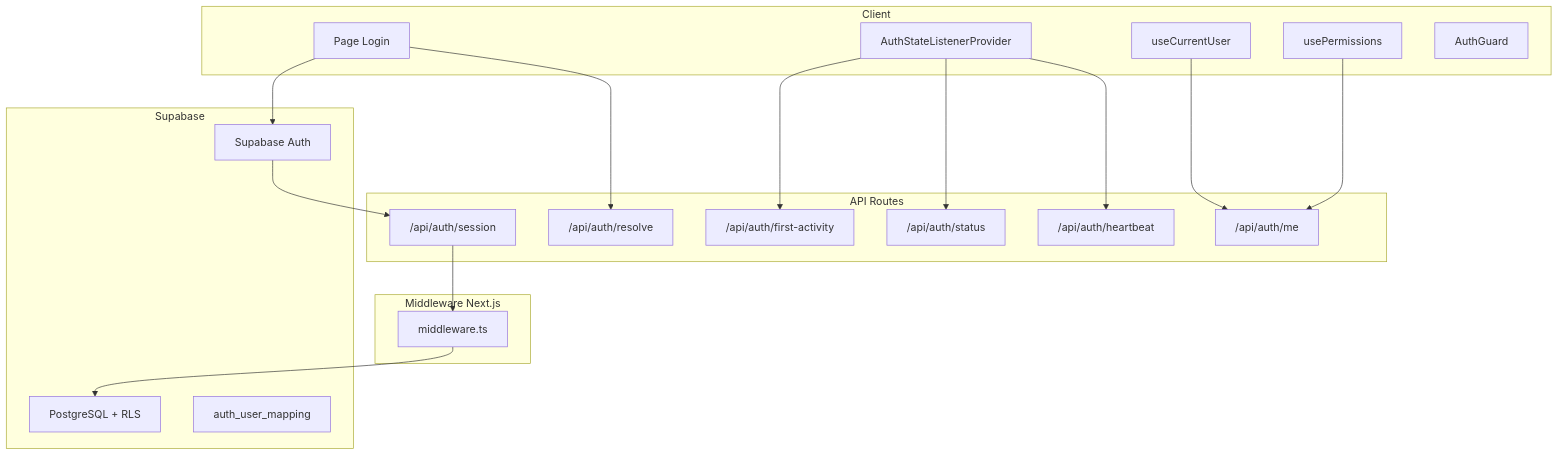
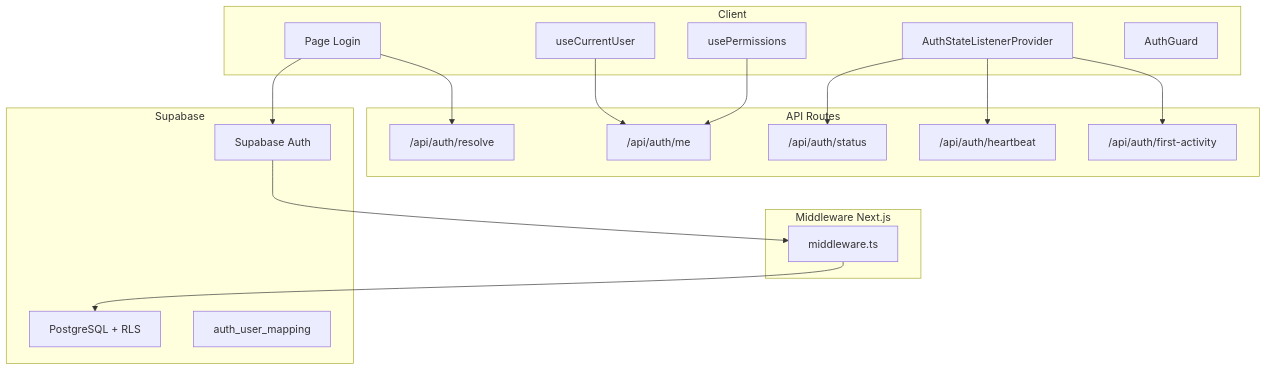
Before and after one commit to gmbsfactory/gmbs-crm: the first of 7 diagrams in docs/architecture/auth-and-security.md, drawn with Mermaid. The commit also changed other lines of this file and 8 other files, not shown here.

````diff
--- a/docs/architecture/auth-and-security.md
+++ b/docs/architecture/auth-and-security.md
@@ -9,40 +9,38 @@
 ```mermaid
 graph TB
     subgraph "Client"
         A[Page Login]
         B[AuthStateListenerProvider]
         C[useCurrentUser]
         D[usePermissions]
         E[AuthGuard]
     end
 
     subgraph "Middleware Next.js"
         F[middleware.ts]
     end
 
     subgraph "API Routes"
         G["/api/auth/resolve"]
-        H["/api/auth/session"]
         I["/api/auth/me"]
         J["/api/auth/status"]
         K["/api/auth/heartbeat"]
         L["/api/auth/first-activity"]
     end
 
     subgraph "Supabase"
         M[Supabase Auth]
         N[PostgreSQL + RLS]
         O[auth_user_mapping]
     end
 
     A --> G
     A --> M
-    M --> H
-    H --> F
+    M --> F
     F --> N
     C --> I
     D --> I
     B --> K
     B --> J
     B --> L
 ```
````
